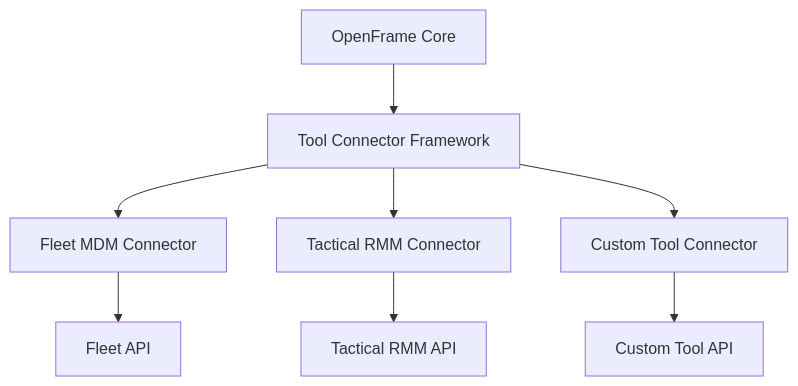
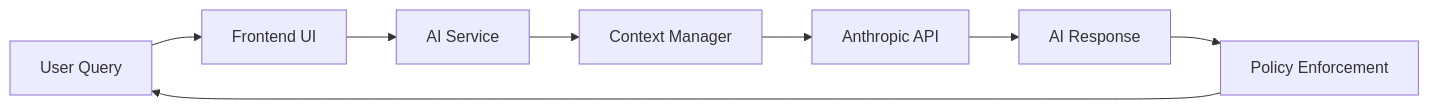
The tenth of 11 diagrams in docs/development/architecture/README.md (Praesto-Pro/openframe-oss-tenant), drawn with Mermaid before and after one commit. The commit also changed other lines of this file and 214 other files, not shown here.

````diff
--- a/docs/development/architecture/README.md
+++ b/docs/development/architecture/README.md
@@ -478,11 +394,10 @@
 ```mermaid
-flowchart TD
-    OpenFrame[OpenFrame Core] --> Connector[Tool Connector Framework]
-    Connector --> Fleet[Fleet MDM Connector]
-    Connector --> Tactical[Tactical RMM Connector]
-    Connector --> Custom[Custom Tool Connector]
-    
-    Fleet --> FleetAPI[Fleet API]
-    Tactical --> TacticalAPI[Tactical RMM API]
-    Custom --> CustomAPI[Custom Tool API]
+flowchart LR
+    User[User Query] --> Frontend[Frontend UI]
+    Frontend --> AIService[AI Service]
+    AIService --> Context[Context Manager]
+    Context --> Anthropic[Anthropic API]
+    Anthropic --> Response[AI Response]
+    Response --> Guardrails[Policy Enforcement]
+    Guardrails --> User
 ```
````
